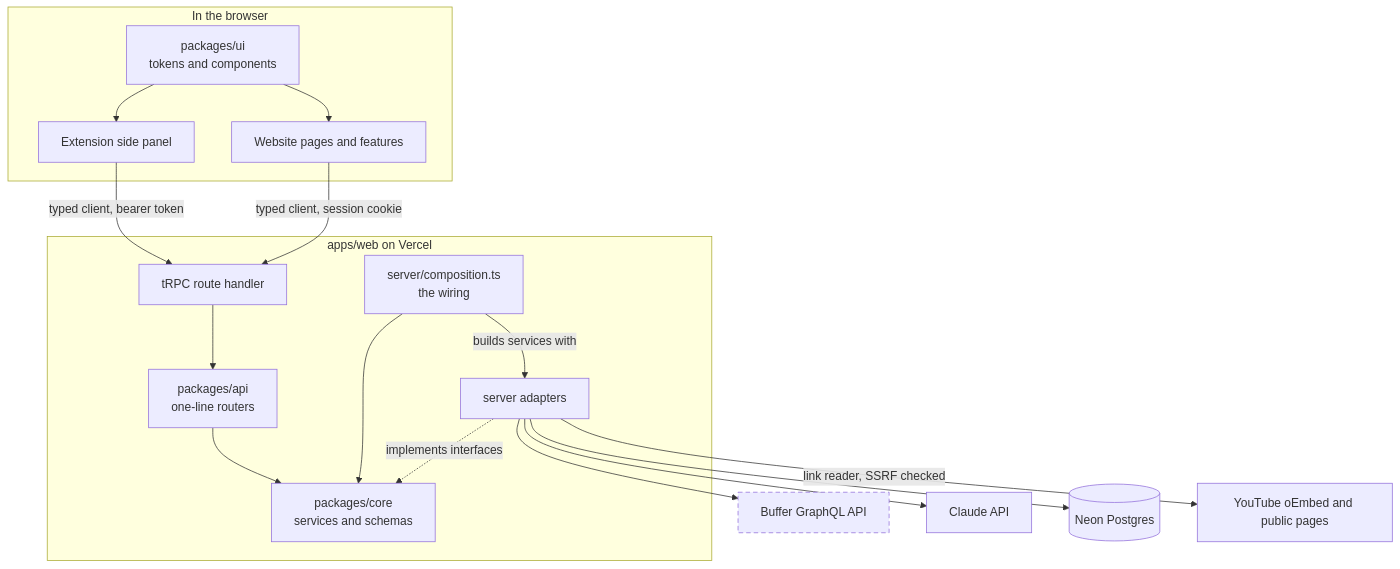
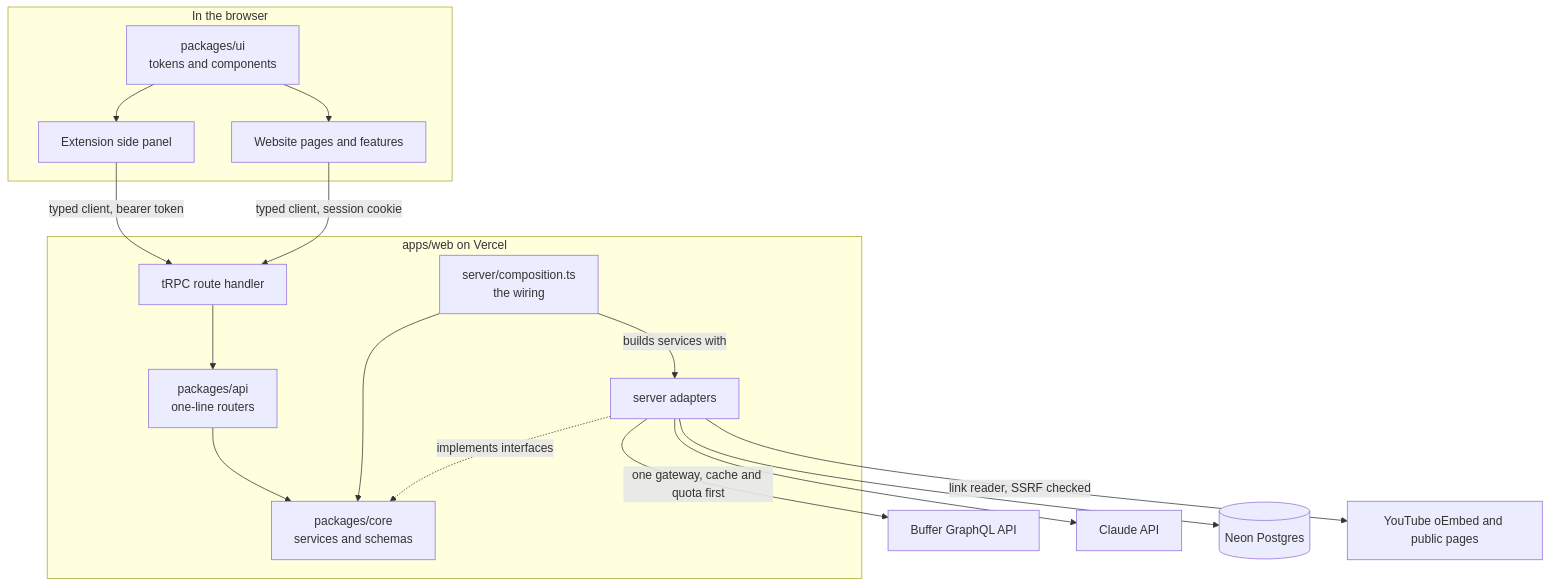
The first of 5 diagrams in docs/architecture.md (bernardosevero/scroll-spark), drawn with Mermaid before and after one commit. The commit also changed other lines of this file and 40 other files, not shown here.

First line of the commit message:
feat(buffer): Buffer gateway with quota protection (#19)

````diff
--- a/docs/architecture.md
+++ b/docs/architecture.md
@@ -9,31 +9,29 @@
 ```mermaid
 flowchart TB
   subgraph browser[In the browser]
     panel[Extension side panel]
     site[Website pages and features]
     ui[packages/ui<br/>tokens and components]
   end
 
   subgraph vercel[apps/web on Vercel]
     route[tRPC route handler]
     api[packages/api<br/>one-line routers]
     core[packages/core<br/>services and schemas]
     comp[server/composition.ts<br/>the wiring]
     adapters[server adapters]
   end
 
   ui --> panel
   ui --> site
   panel -- typed client, bearer token --> route
   site -- typed client, session cookie --> route
   route --> api --> core
   comp -- builds services with --> adapters
   comp --> core
   adapters -. implements interfaces .-> core
-  adapters --> buffer[Buffer GraphQL API]:::planned
+  adapters -- one gateway, cache and quota first --> buffer[Buffer GraphQL API]
   adapters --> claude[Claude API]
   adapters --> db[(Neon Postgres)]
   adapters -- link reader, SSRF checked --> web[YouTube oEmbed and public pages]
-
-  classDef planned stroke-dasharray: 6 4
 ```
````
